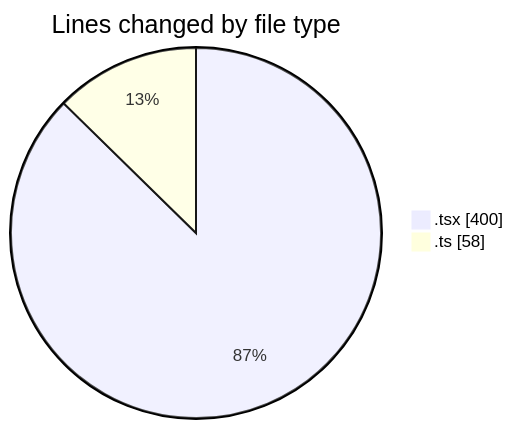
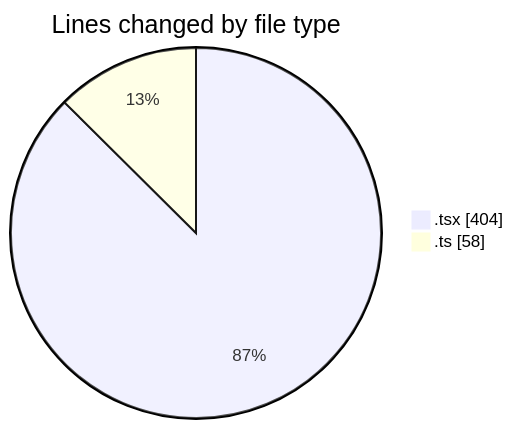
Before and after one commit to nxtqubesakshisongat/code-tracking: the first of 2 diagrams in 2026-04-17/airfeed-analytics-dashboard/README.md, drawn with Mermaid. The commit also changed other lines of this file and 1 other file, not shown here.

````diff
--- a/2026-04-17/airfeed-analytics-dashboard/README.md
+++ b/2026-04-17/airfeed-analytics-dashboard/README.md
@@ -22,6 +22,6 @@
 ```mermaid
 pie showData
 title Lines changed by file type
-".tsx" : 400
+".tsx" : 404
 ".ts" : 58
 ```
````
